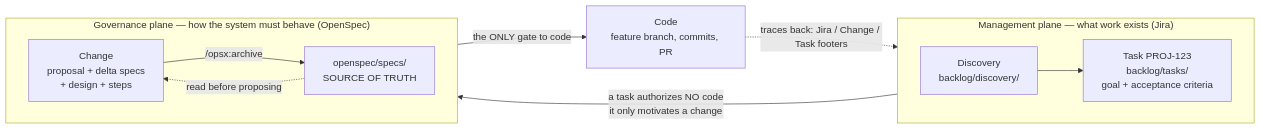
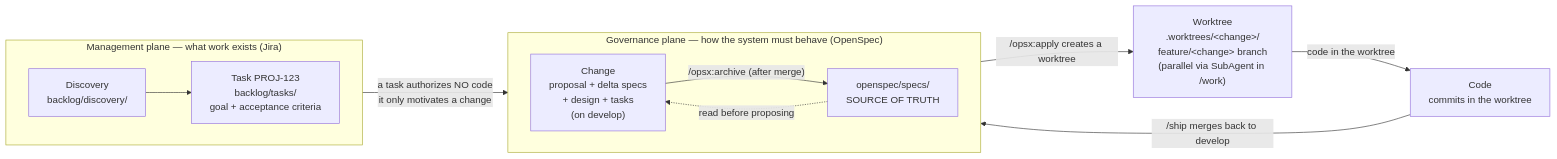
One commit to davidpv/opsx-spec-driven-development-toolkit changed the first of 2 diagrams in README.md. Above: the diagram before and after it, drawn with Mermaid. The commit also changed other lines of this file, not shown here.

First line of the commit message:
docs(readme): update for the worktree + merge-then-archive workflow

````diff
--- a/README.md
+++ b/README.md
@@ -30,19 +32,21 @@
 ```mermaid
 flowchart LR
     subgraph MGMT["Management plane — what work exists (Jira)"]
         direction LR
         D["Discovery<br/>backlog/discovery/"] --> T["Task PROJ-123<br/>backlog/tasks/<br/>goal + acceptance criteria"]
     end
 
     subgraph GOV["Governance plane — how the system must behave (OpenSpec)"]
         direction LR
-        C["Change<br/>proposal + delta specs<br/>+ design + steps"] -- "/opsx:archive" --> S["openspec/specs/<br/>SOURCE OF TRUTH"]
+        C["Change<br/>proposal + delta specs<br/>+ design + tasks<br/>(on develop)"] -- "/opsx:archive (after merge)" --> S["openspec/specs/<br/>SOURCE OF TRUTH"]
         S -. "read before proposing" .-> C
     end
 
-    CODE["Code<br/>feature branch, commits, PR"]
+    W["Worktree<br/>.worktrees/&lt;change&gt;/<br/>feature/&lt;change&gt; branch<br/>(parallel via SubAgent in /work)"]
+    CODE["Code<br/>commits in the worktree"]
 
     T -- "a task authorizes NO code<br/>it only motivates a change" --> C
-    C -- "the ONLY gate to code" --> CODE
-    CODE -. "traces back: Jira / Change / Task footers" .-> T
+    C -- "/opsx:apply creates a worktree" --> W
+    W -- "code in the worktree" --> CODE
+    CODE -- "/ship merges back to develop" --> C
 ```
````
